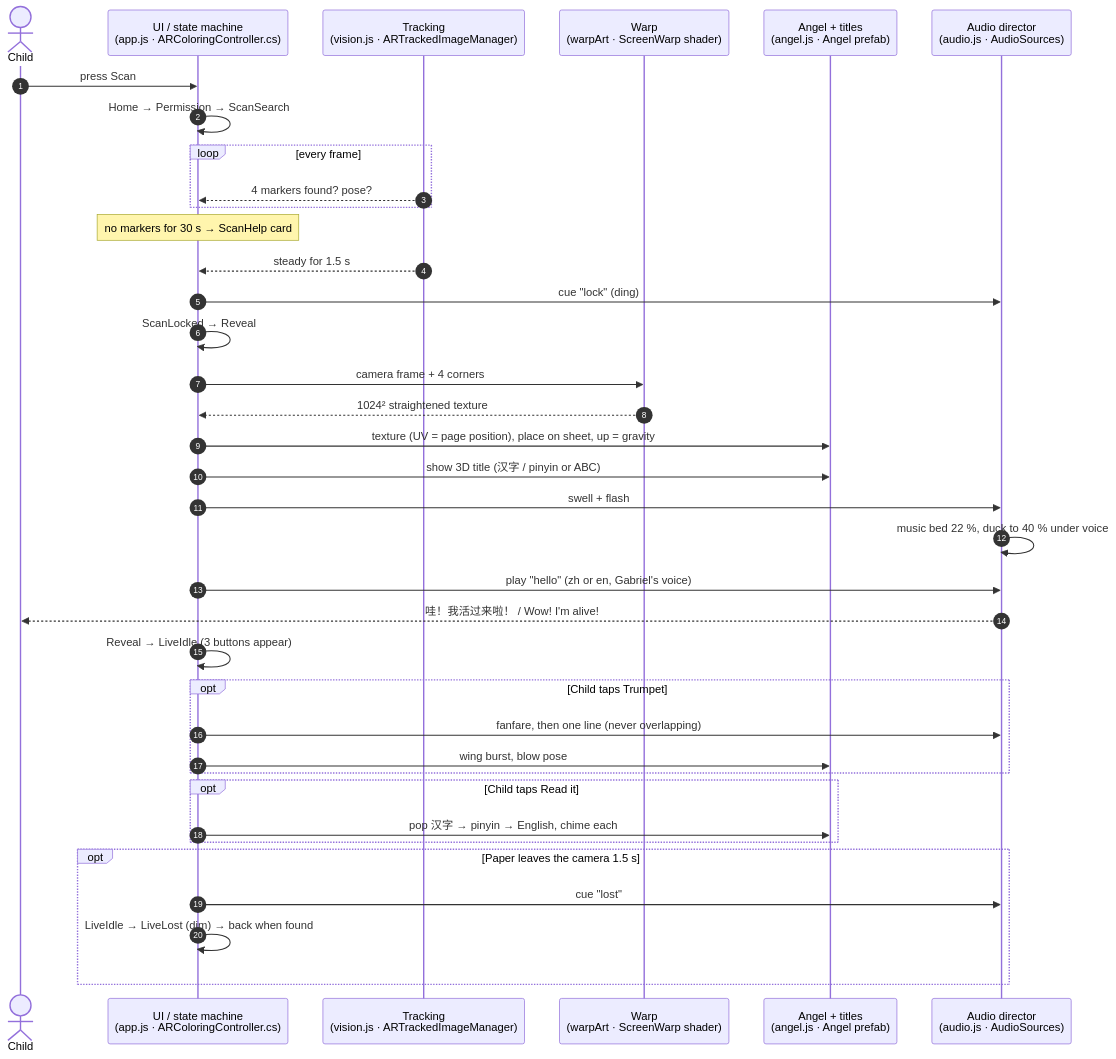
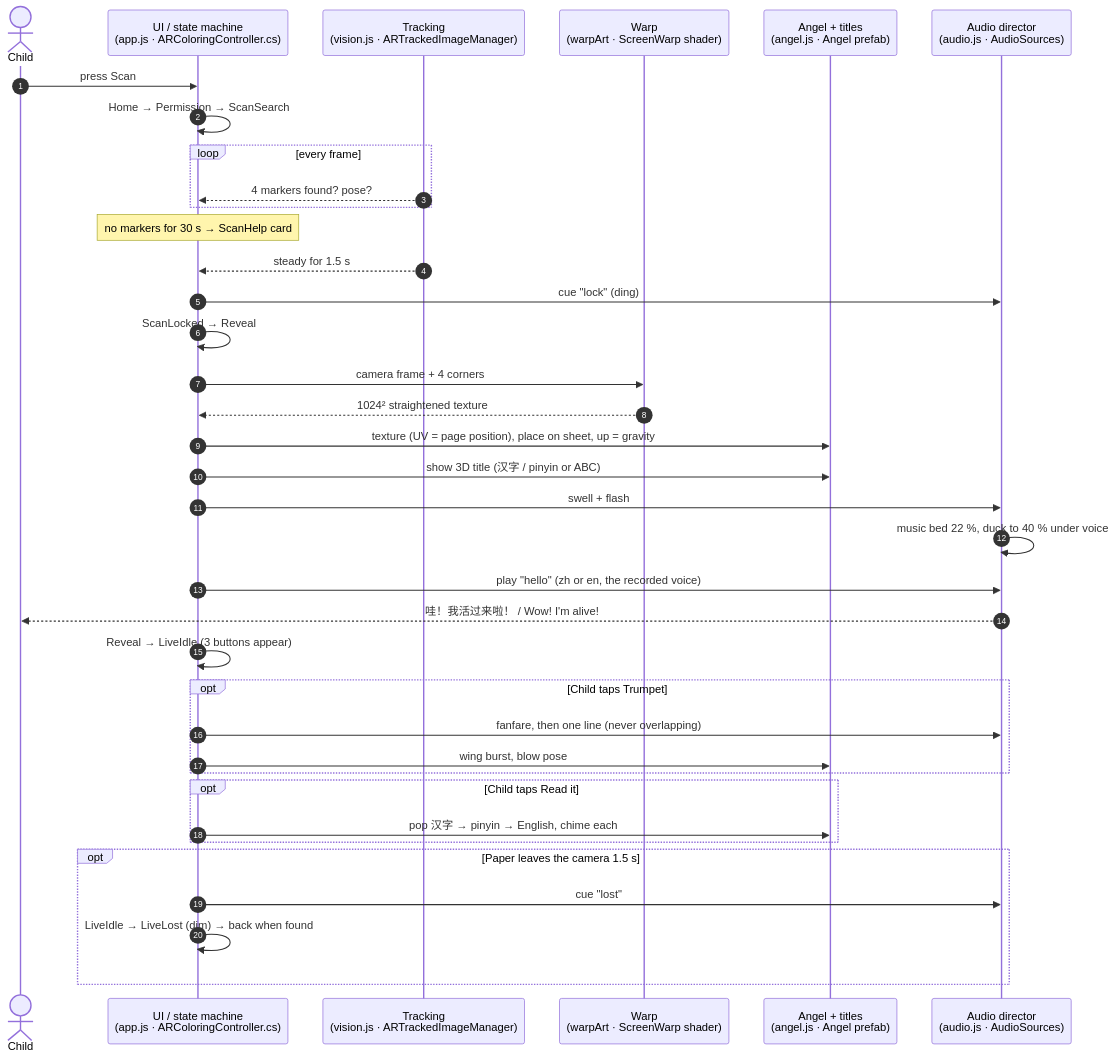
The third of 5 diagrams in README.md (GabrielPower1969/doodlive), drawn with Mermaid before and after one commit. The commit also changed other lines of this file and 630 other files, not shown here.

````diff
--- a/README.md
+++ b/README.md
@@ -170,40 +170,40 @@
 ```mermaid
 sequenceDiagram
     autonumber
     actor Child
     participant UI as UI / state machine<br/>(app.js · ARColoringController.cs)
     participant Track as Tracking<br/>(vision.js · ARTrackedImageManager)
     participant Warp as Warp<br/>(warpArt · ScreenWarp shader)
     participant Angel as Angel + titles<br/>(angel.js · Angel prefab)
     participant Audio as Audio director<br/>(audio.js · AudioSources)
 
     Child->>UI: press Scan
     UI->>UI: Home → Permission → ScanSearch
     loop every frame
         Track-->>UI: 4 markers found? pose?
     end
     Note over UI: no markers for 30 s → ScanHelp card
     Track-->>UI: steady for 1.5 s
     UI->>Audio: cue "lock" (ding)
     UI->>UI: ScanLocked → Reveal
     UI->>Warp: camera frame + 4 corners
     Warp-->>UI: 1024² straightened texture
     UI->>Angel: texture (UV = page position), place on sheet, up = gravity
     UI->>Angel: show 3D title (汉字 / pinyin or ABC)
     UI->>Audio: swell + flash
     Audio->>Audio: music bed 22 %, duck to 40 % under voice
-    UI->>Audio: play "hello" (zh or en, Gabriel's voice)
+    UI->>Audio: play "hello" (zh or en, the recorded voice)
     Audio-->>Child: 哇！我活过来啦！ / Wow! I'm alive!
     UI->>UI: Reveal → LiveIdle (3 buttons appear)
     opt Child taps Trumpet
         UI->>Audio: fanfare, then one line (never overlapping)
         UI->>Angel: wing burst, blow pose
     end
     opt Child taps Read it
         UI->>Angel: pop 汉字 → pinyin → English, chime each
     end
     opt Paper leaves the camera 1.5 s
         UI->>Audio: cue "lost"
         UI->>UI: LiveIdle → LiveLost (dim) → back when found
     end
 ```
````
